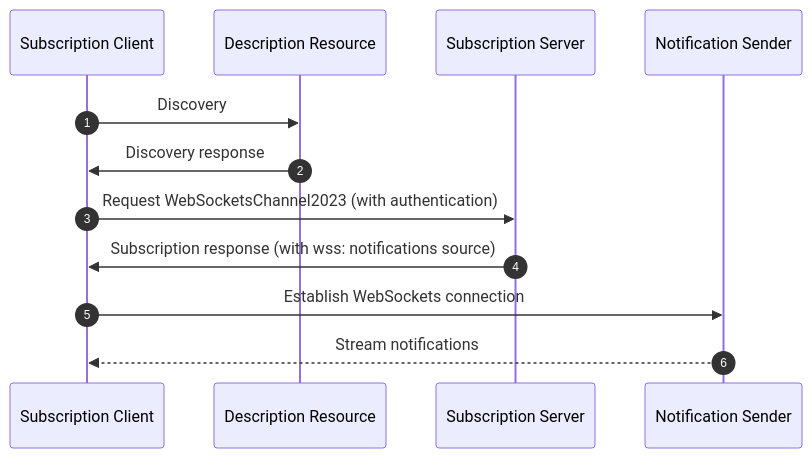
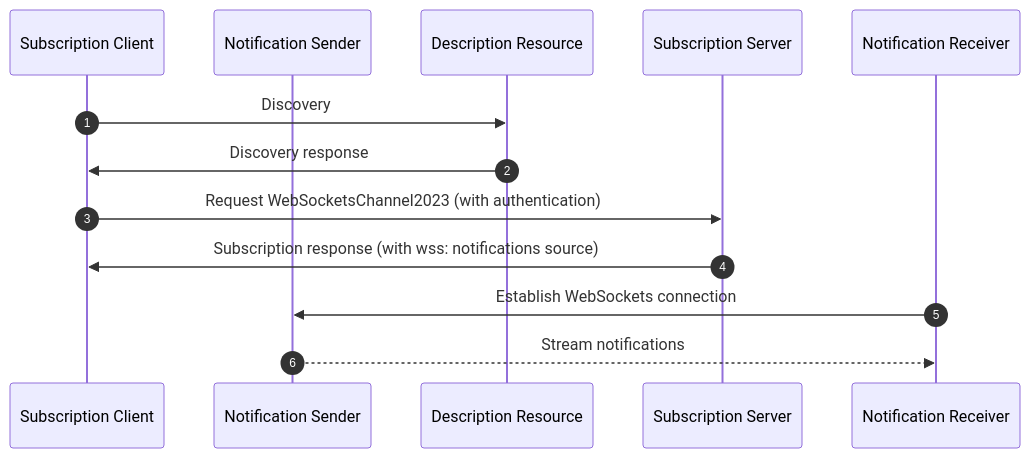
One commit to elf-pavlik/notifications changed the diagram in websocket-channel-2023-flow.mmd. Above: the diagram before and after it, drawn with Mermaid. The commit also changed 24 other files, not shown here.

```diff
--- a/websocket-channel-2023-flow.mmd
+++ b/websocket-channel-2023-flow.mmd
@@ -1,13 +1,14 @@
 sequenceDiagram
   autonumber
   participant Subscription Client
+  participant Notification Sender
   participant Description Resource
   participant Subscription Server
   participant Notification Sender
 
   Subscription Client ->> Description Resource: Discovery
   Description Resource ->> Subscription Client: Discovery response
   Subscription Client ->> Subscription Server: Request WebSocketsChannel2023 (with authentication)
   Subscription Server ->> Subscription Client: Subscription response (with wss: notifications source)
-  Subscription Client ->> Notification Sender: Establish WebSockets connection
-  Notification Sender -->> Subscription Client: Stream notifications
+  Notification Receiver ->> Notification Sender: Establish WebSockets connection
+  Notification Sender -->> Notification Receiver: Stream notifications
```
